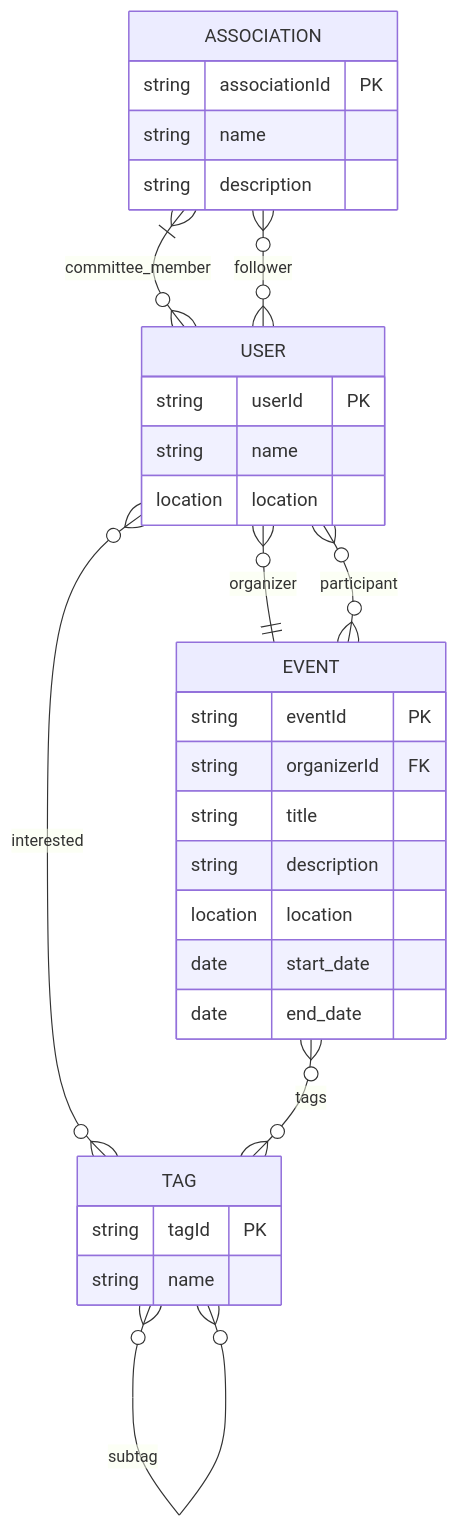
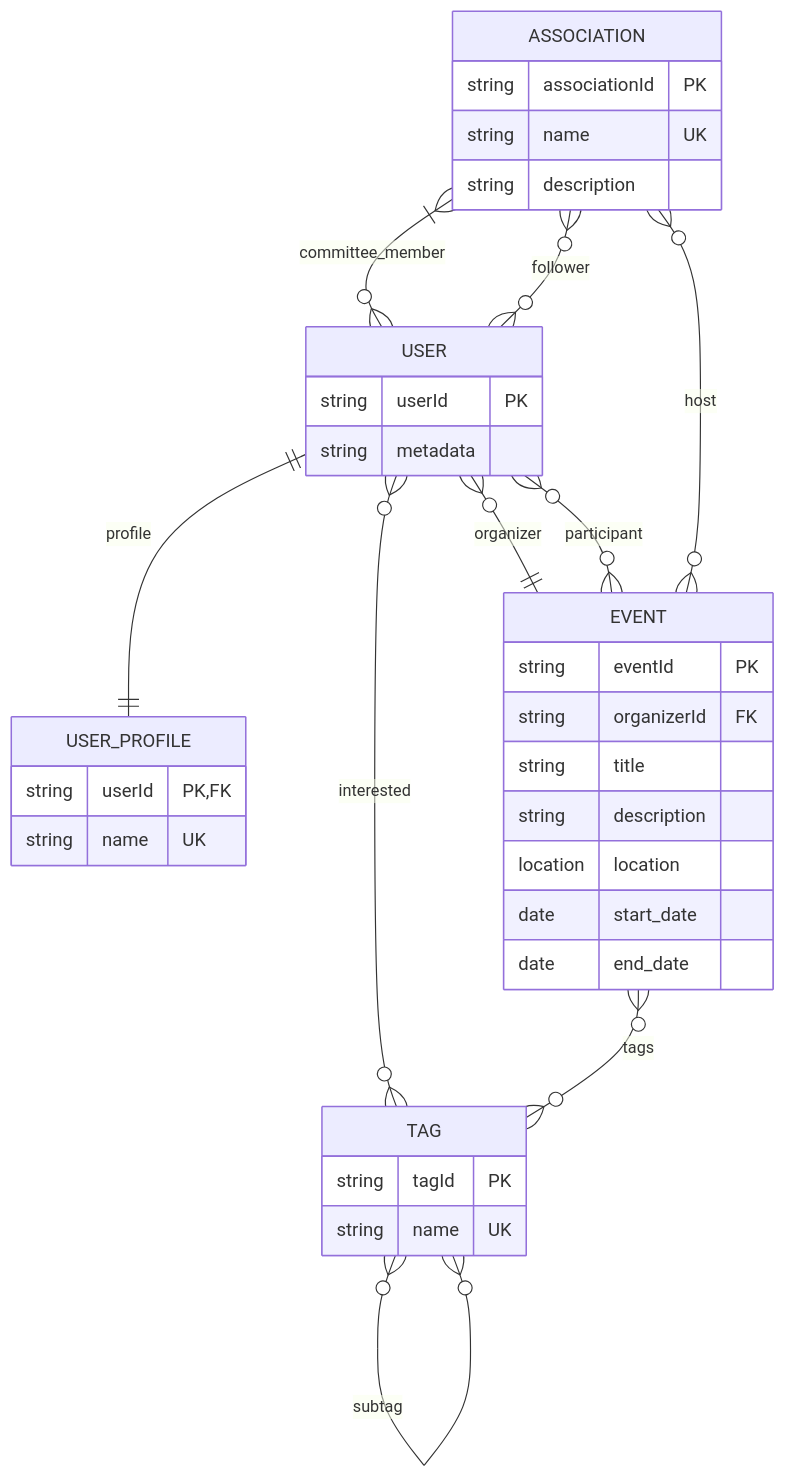
The diagram in DB_Structure.md (echo-swent/echo), drawn with Mermaid before and after one commit. The commit also changed other lines of this file, not shown here.

Commit message:
separate user profile from user; names are unique keys

````diff
--- a/DB_Structure.md
+++ b/DB_Structure.md
@@ -11,35 +13,40 @@
 ```mermaid
 erDiagram
+    USER_PROFILE {
+        string userId PK,FK
+        string name UK
+    }
     USER {
         string userId PK
-        string name
-        location location
+        string metadata
     }
     EVENT {
         string eventId PK
         string organizerId FK
         string title
         string description
         location location
         date start_date
         date end_date
     }
     TAG {
         string tagId PK
-        string name
+        string name UK
     }
 
 ASSOCIATION {
     string associationId PK
-    string name
+    string name UK
     string description
 
 }
     USER }o--|| EVENT : organizer
     USER }o--o{ EVENT: participant
     USER }o--o{ TAG: interested
+    USER ||--|| USER_PROFILE: profile
     EVENT }o--o{ TAG: tags
     TAG }o--o{ TAG: subtag
     ASSOCIATION }|--o{ USER: committee_member
     ASSOCIATION }o--o{ USER: follower
+    ASSOCIATION }o--o{ EVENT: host
 ```
````
